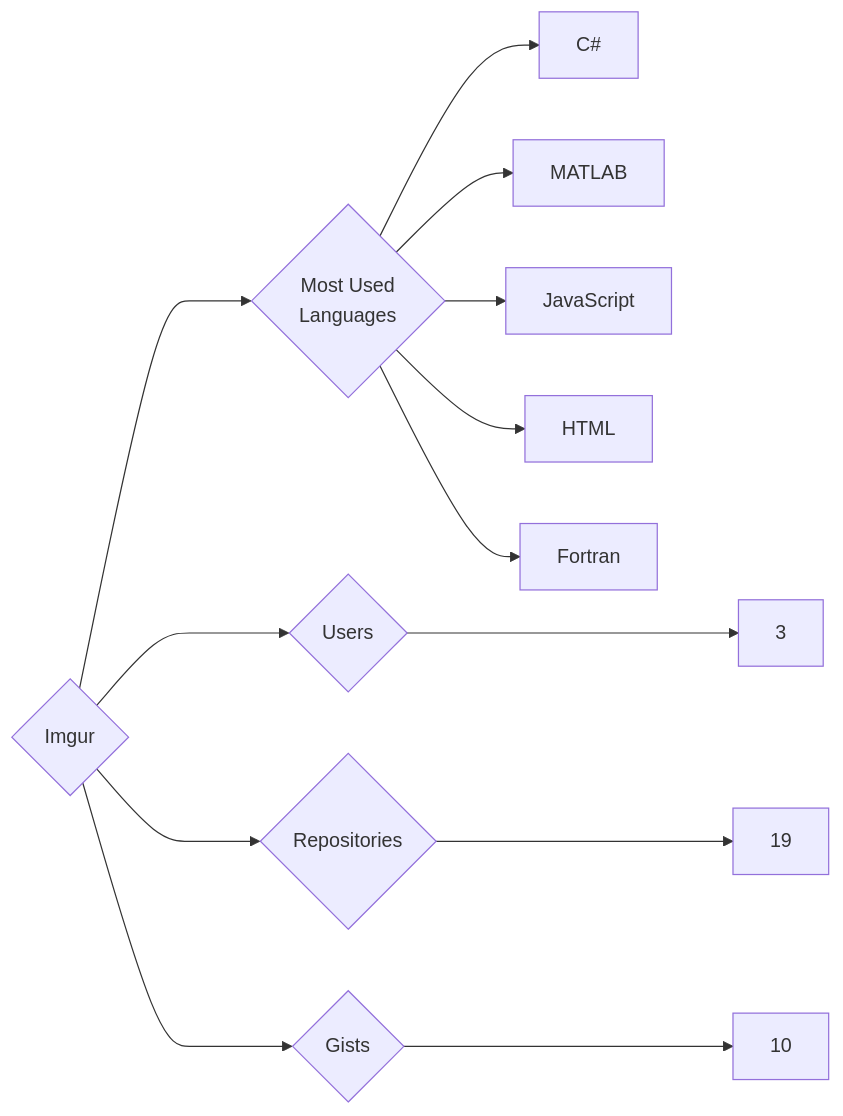
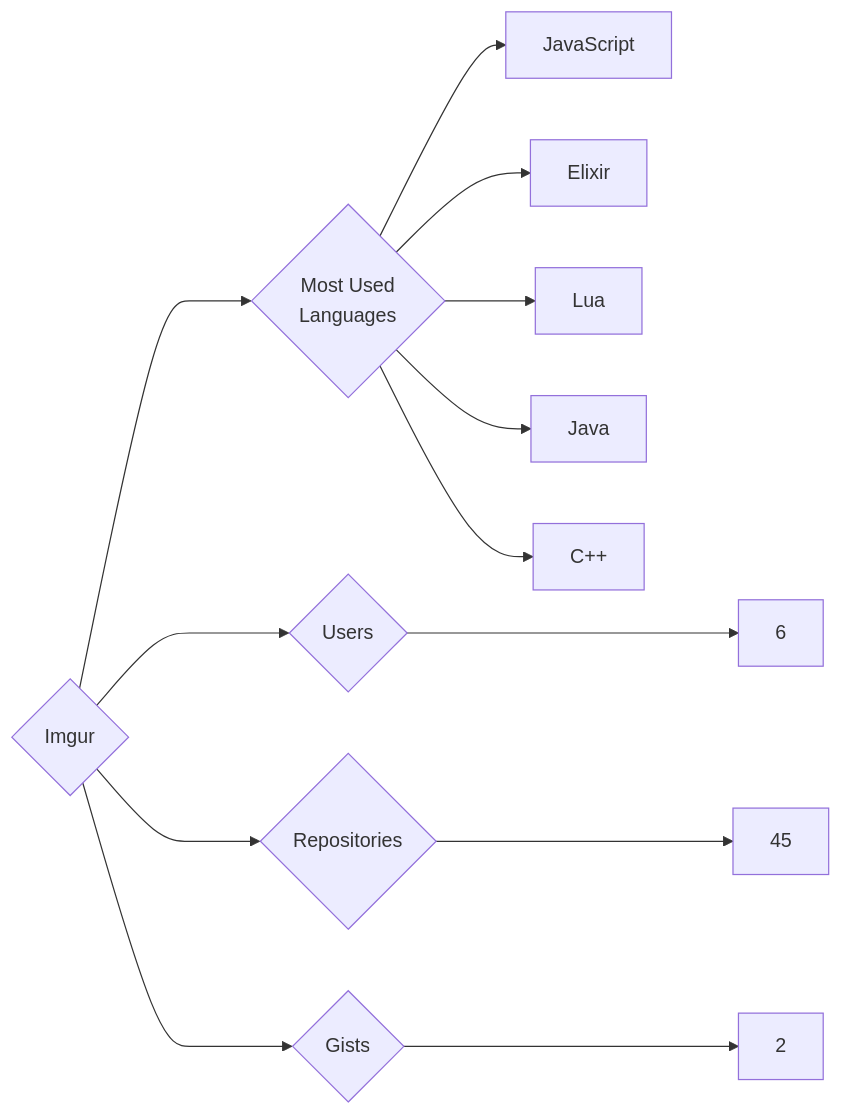
One commit to trickest/insiders changed the diagram in targets/Imgur/README.md. Above: the diagram before and after it, drawn with Mermaid. The commit also changed 912 other files, not shown here.

````diff
--- a/targets/Imgur/README.md
+++ b/targets/Imgur/README.md
@@ -3,13 +3,13 @@
 ```mermaid
 graph LR
 COMPANY_NAME{Imgur}
-COMPANY_NAME ---> U{Users} ---> UN[3]
-COMPANY_NAME ---> R{Repositories} ---> RN[19]
-COMPANY_NAME ---> G{Gists} ---> GN[10]
+COMPANY_NAME ---> U{Users} ---> UN[6]
+COMPANY_NAME ---> R{Repositories} ---> RN[45]
+COMPANY_NAME ---> G{Gists} ---> GN[2]
 COMPANY_NAME ---> ML{Most Used<br>Languages}
-ML --> C#[C#]
-ML --> MATLAB[MATLAB]
 ML --> JavaScript[JavaScript]
-ML --> HTML[HTML]
-ML --> Fortran[Fortran]
+ML --> Elixir[Elixir]
+ML --> Lua[Lua]
+ML --> Java[Java]
+ML --> C++[C++]
 ```
````
